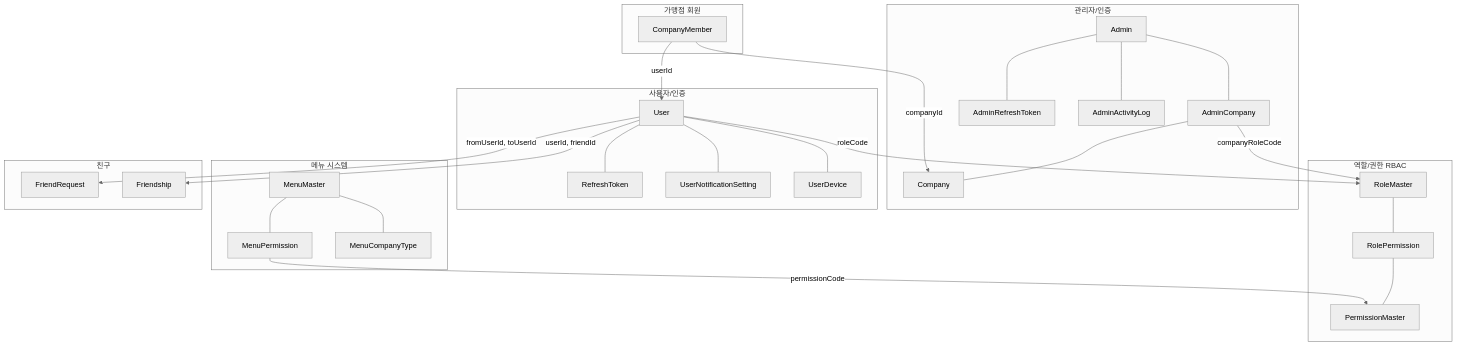
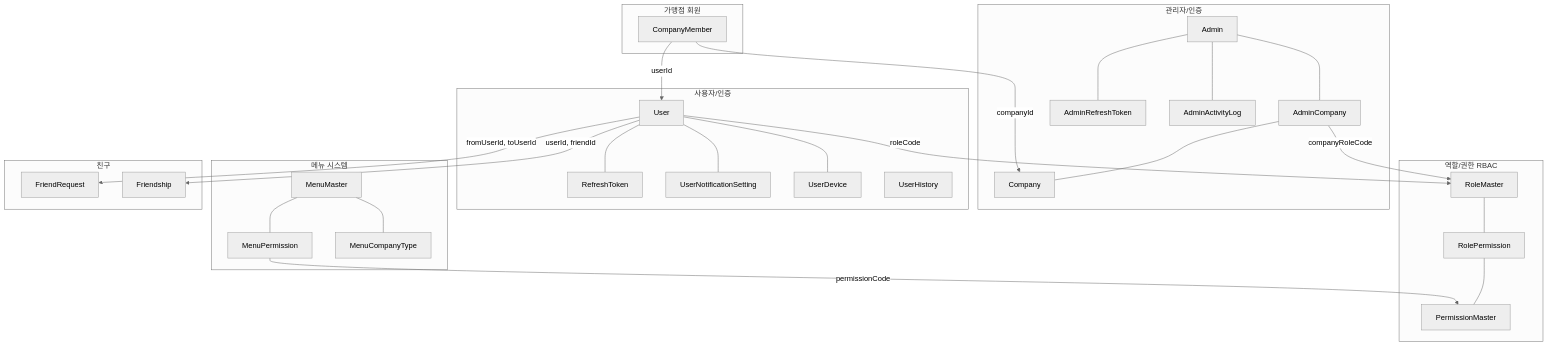
Before and after one commit to uniyous/parkgolf-platform: the second of 28 diagrams in docs/architecture/DATABASE.md, drawn with Mermaid (neutral theme). The commit also changed other lines of this file and 17 other files, not shown here.

````diff
--- a/docs/architecture/DATABASE.md
+++ b/docs/architecture/DATABASE.md
@@ -83,55 +82,56 @@
 ```mermaid
 flowchart TB
     subgraph admin["관리자/인증"]
         A_Admin["Admin"]
         A_Company["Company"]
         A_AdminCompany["AdminCompany"]
         A_AdminRefreshToken["AdminRefreshToken"]
         A_AdminActivityLog["AdminActivityLog"]
         A_Admin --- A_AdminCompany --- A_Company
         A_Admin --- A_AdminRefreshToken
         A_Admin --- A_AdminActivityLog
     end
 
     subgraph user["사용자/인증"]
         U_User["User"]
         U_RefreshToken["RefreshToken"]
         U_NotifSetting["UserNotificationSetting"]
         U_Device["UserDevice"]
+        U_History["UserHistory"]
         U_User --- U_RefreshToken
         U_User --- U_NotifSetting
         U_User --- U_Device
     end
 
     subgraph rbac["역할/권한 RBAC"]
         R_Role["RoleMaster"]
         R_Permission["PermissionMaster"]
         R_RolePermission["RolePermission"]
         R_Role --- R_RolePermission --- R_Permission
     end
 
     subgraph menu["메뉴 시스템"]
         M_Menu["MenuMaster"]
         M_MenuPerm["MenuPermission"]
         M_MenuCompType["MenuCompanyType"]
         M_Menu --- M_MenuPerm
         M_Menu --- M_MenuCompType
     end
 
     subgraph friend["친구"]
         F_Request["FriendRequest"]
         F_Ship["Friendship"]
     end
 
     subgraph member["가맹점 회원"]
         CM_Member["CompanyMember"]
     end
 
     A_AdminCompany -->|companyRoleCode| R_Role
     U_User -->|roleCode| R_Role
     U_User -->|fromUserId, toUserId| F_Request
     U_User -->|userId, friendId| F_Ship
     M_MenuPerm -->|permissionCode| R_Permission
     CM_Member -->|companyId| A_Company
     CM_Member -->|userId| U_User
 ```
````
